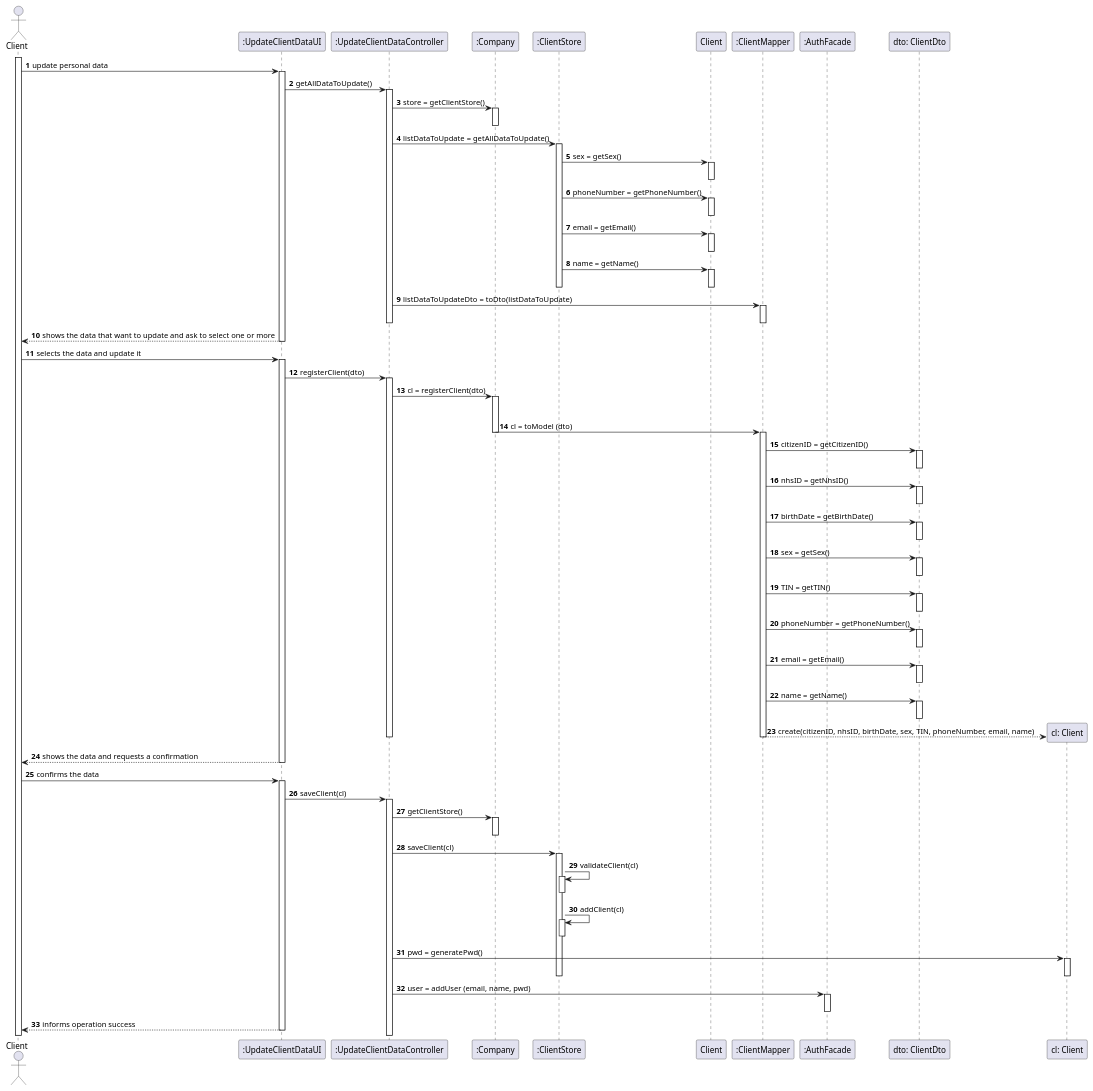
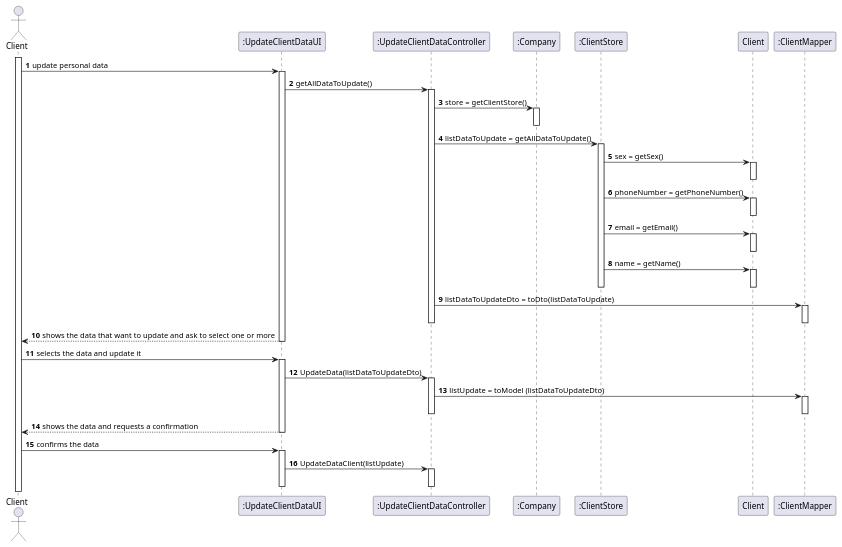
Before and after one commit to 0franciscor/lei-21-s2-1de-g19: the diagram in docs/SprintD/US02/US02-SD.puml, drawn with PlantUML. The commit also changed 1 other file, not shown here.

```diff
--- a/docs/SprintD/US02/US02-SD.puml
+++ b/docs/SprintD/US02/US02-SD.puml
@@ -1,122 +1,70 @@
 @startuml
 'https://plantuml.com/sequence-diagram
 
 autonumber
 
 actor "Client" as C
 activate C
 
 
 C -> ":UpdateClientDataUI" : update personal data
 activate ":UpdateClientDataUI"
 ":UpdateClientDataUI" -> ":UpdateClientDataController": getAllDataToUpdate()
 activate ":UpdateClientDataController"
 
 ":UpdateClientDataController" -> ":Company": store = getClientStore()
 activate ":Company"
 deactivate ":Company"
 ":UpdateClientDataController" -> ":ClientStore": listDataToUpdate = getAllDataToUpdate()
 activate ":ClientStore"
 
 ":ClientStore" -> "Client": sex = getSex()
 activate "Client"
 deactivate "Client"
 ":ClientStore" -> "Client": phoneNumber = getPhoneNumber()
 activate "Client"
 deactivate "Client"
 ":ClientStore" -> "Client": email = getEmail()
 activate "Client"
 deactivate "Client"
 ":ClientStore" -> "Client": name = getName()
 activate "Client"
 deactivate "Client"
 
 deactivate ":ClientStore"
 
 ":UpdateClientDataController" -> ":ClientMapper": listDataToUpdateDto = toDto(listDataToUpdate)
 activate ":ClientMapper"
 deactivate ":ClientMapper"
 
 deactivate ":UpdateClientDataController"
 
 
+":UpdateClientDataUI" --> C: shows the data that want to update and ask to select one or more
+deactivate ":UpdateClientDataUI"
+C -> ":UpdateClientDataUI" : selects the data and update it
+activate ":UpdateClientDataUI"
+":UpdateClientDataUI" -> ":UpdateClientDataController": UpdateData(listDataToUpdateDto)
+activate ":UpdateClientDataController"
+
+":UpdateClientDataController" -> ":ClientMapper": listUpdate = toModel (listDataToUpdateDto)
+activate ":ClientMapper"
+deactivate ":ClientMapper"
+deactivate ":UpdateClientDataController"
 
 
 
 
 
-
-
-
-":UpdateClientDataUI" --> C: shows the data that want to update and ask to select one or more
-deactivate ":UpdateClientDataUI"
-C -> ":UpdateClientDataUI" : selects the data and update it
-activate ":UpdateClientDataUI"
-":UpdateClientDataUI" -> ":UpdateClientDataController": registerClient(dto)
-activate ":UpdateClientDataController"
-":UpdateClientDataController" -> ":Company": cl = registerClient(dto)
-activate ":Company"
-
-
-
-
-deactivate ":AuthFacade"
-
-":Company" -> ":ClientMapper": cl = toModel (dto)
-deactivate ":Company"
-activate ":ClientMapper"
-":ClientMapper" -> "dto: ClientDto" : citizenID = getCitizenID()
-activate "dto: ClientDto"
-deactivate "dto: ClientDto"
-":ClientMapper" -> "dto: ClientDto" : nhsID = getNhsID()
-activate "dto: ClientDto"
-deactivate "dto: ClientDto"
-":ClientMapper" -> "dto: ClientDto" : birthDate = getBirthDate()
-activate "dto: ClientDto"
-deactivate "dto: ClientDto"
-":ClientMapper" -> "dto: ClientDto" : sex = getSex()
-activate "dto: ClientDto"
-deactivate "dto: ClientDto"
-":ClientMapper" -> "dto: ClientDto" : TIN = getTIN()
-activate "dto: ClientDto"
-deactivate "dto: ClientDto"
-":ClientMapper" -> "dto: ClientDto" : phoneNumber = getPhoneNumber()
-activate "dto: ClientDto"
-deactivate "dto: ClientDto"
-":ClientMapper" -> "dto: ClientDto" : email = getEmail()
-activate "dto: ClientDto"
-deactivate "dto: ClientDto"
-":ClientMapper" -> "dto: ClientDto" : name = getName()
-activate "dto: ClientDto"
-deactivate "dto: ClientDto"
-create "cl: Client"
-":ClientMapper" --> "cl: Client": create(citizenID, nhsID, birthDate, sex, TIN, phoneNumber, email, name)
-deactivate ":ClientMapper"
-deactivate ":UpdateClientDataController"
 ":UpdateClientDataUI" --> C: shows the data and requests a confirmation
 deactivate ":UpdateClientDataUI"
 C -> ":UpdateClientDataUI": confirms the data
 activate ":UpdateClientDataUI"
-":UpdateClientDataUI" -> ":UpdateClientDataController": saveClient(cl)
+":UpdateClientDataUI" -> ":UpdateClientDataController": UpdateDataClient(listUpdate)
 activate ":UpdateClientDataController"
-":UpdateClientDataController" -> ":Company" ++: getClientStore()
-deactivate ":Company"
-":UpdateClientDataController" -> ":ClientStore" : saveClient(cl)
-activate ":ClientStore"
-":ClientStore" -> ":ClientStore": validateClient(cl)
-activate ":ClientStore"
-deactivate ":ClientStore"
-":ClientStore" -> ":ClientStore": addClient(cl)
-activate ":ClientStore"
-deactivate ":ClientStore"
-":UpdateClientDataController" -> "cl: Client": pwd = generatePwd()
-activate "cl: Client"
-deactivate "cl: Client"
-deactivate ":ClientStore"
-":UpdateClientDataController" -> ":AuthFacade" : user = addUser (email, name, pwd)
-activate ":AuthFacade"
-deactivate ":AuthFacade"
+deactivate ":UpdateClientDataController"
 
-":UpdateClientDataUI" --> C: informs operation success
+
+
 deactivate ":UpdateClientDataUI"
 @enduml
```
